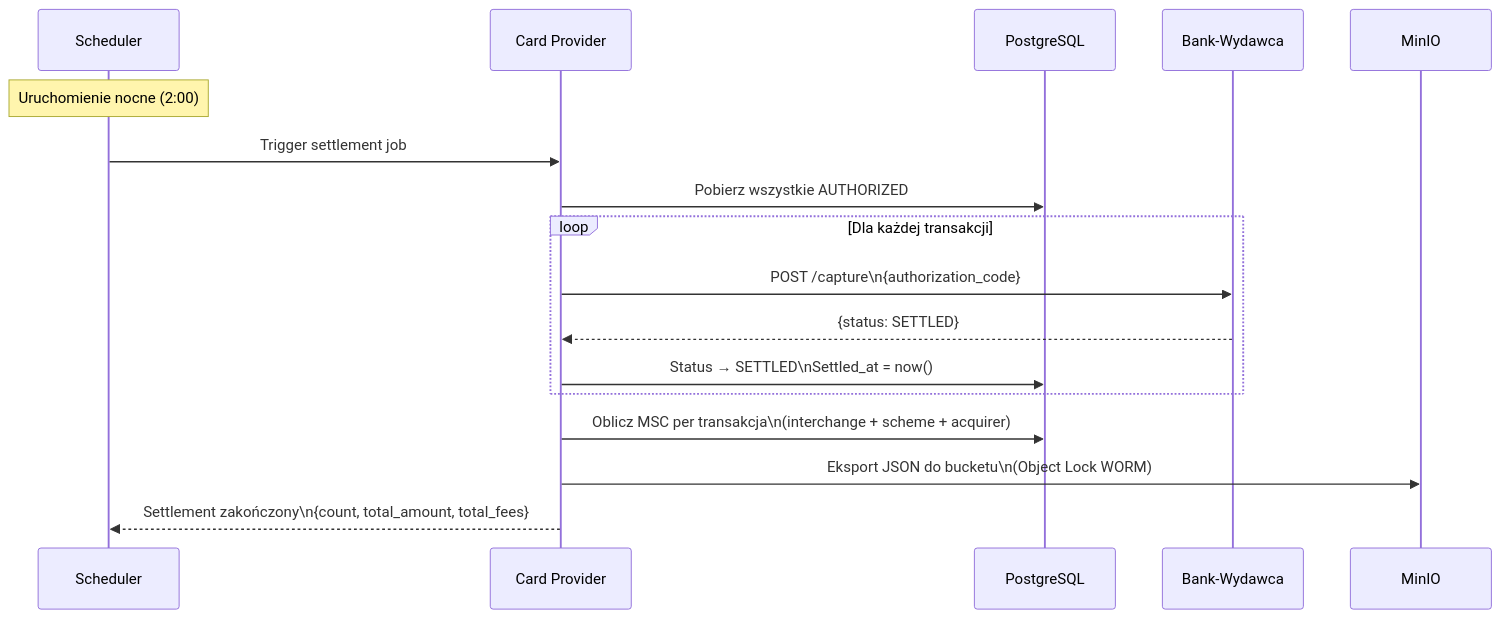
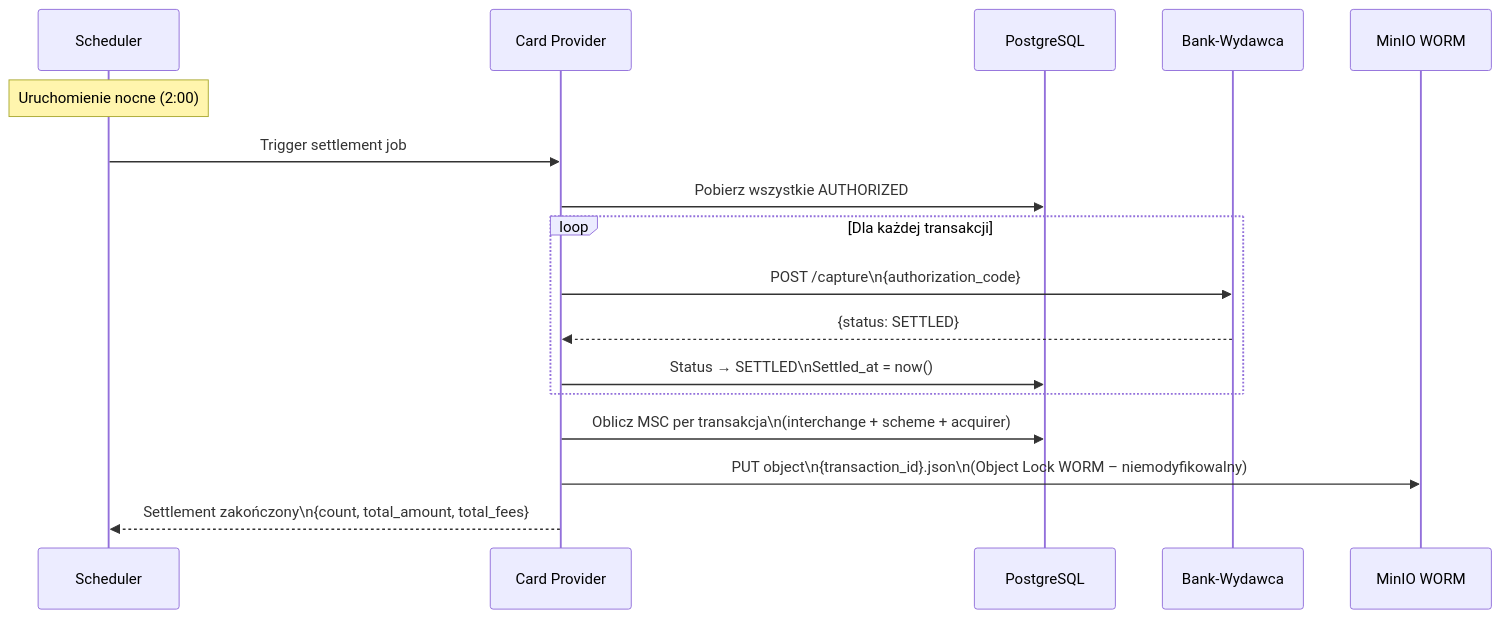
Before and after one commit to FilipSl3/Karty-Platnicze-Aplikacje-Biznesowe: the fifth of 6 diagrams in README.md, drawn with Mermaid. The commit also changed other lines of this file and 3 other files, not shown here.

````diff
--- a/README.md
+++ b/README.md
@@ -342,20 +415,20 @@
 ```mermaid
 sequenceDiagram
     participant S as Scheduler
     participant CP as Card Provider
     participant DB as PostgreSQL
     participant BANK as Bank-Wydawca
-    participant MINIO as MinIO
+    participant MINIO as MinIO WORM
 
     Note over S: Uruchomienie nocne (2:00)
     S->>CP: Trigger settlement job
     CP->>DB: Pobierz wszystkie AUTHORIZED
     loop Dla każdej transakcji
         CP->>BANK: POST /capture\n{authorization_code}
         BANK-->>CP: {status: SETTLED}
         CP->>DB: Status → SETTLED\nSettled_at = now()
     end
     CP->>DB: Oblicz MSC per transakcja\n(interchange + scheme + acquirer)
-    CP->>MINIO: Eksport JSON do bucketu\n(Object Lock WORM)
+    CP->>MINIO: PUT object\n{transaction_id}.json\n(Object Lock WORM – niemodyfikowalny)
     CP-->>S: Settlement zakończony\n{count, total_amount, total_fees}
 ```
````
